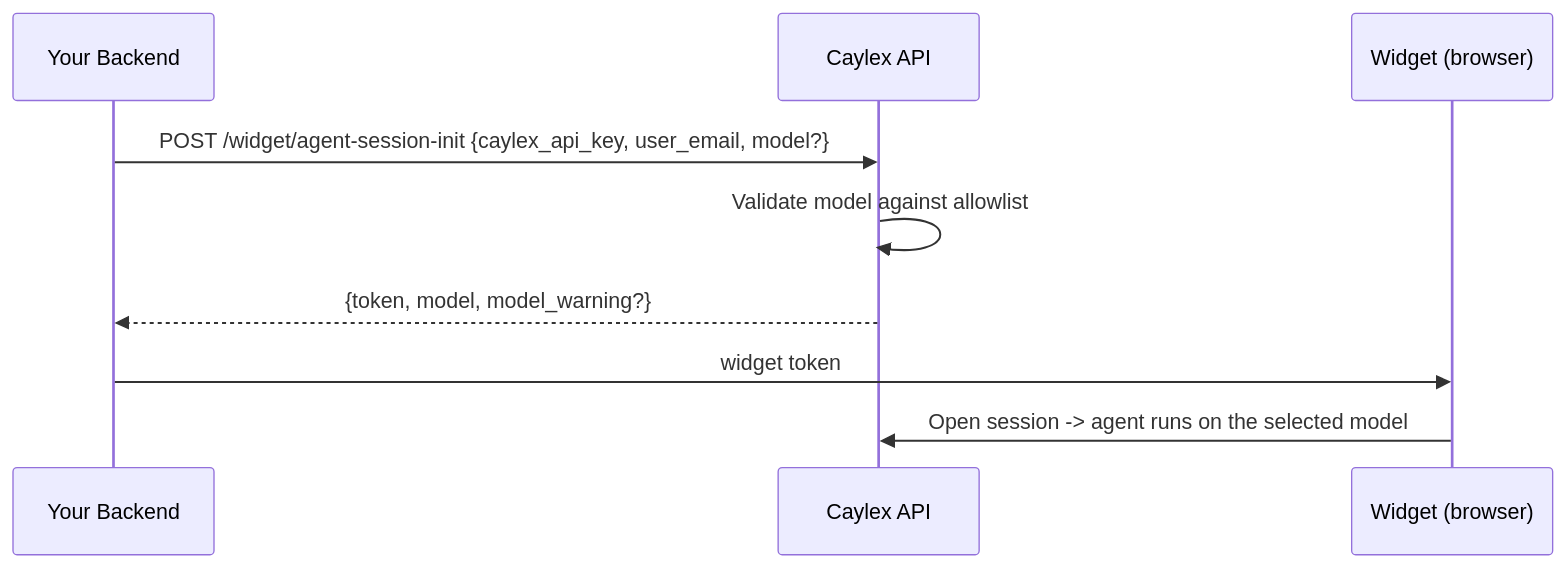
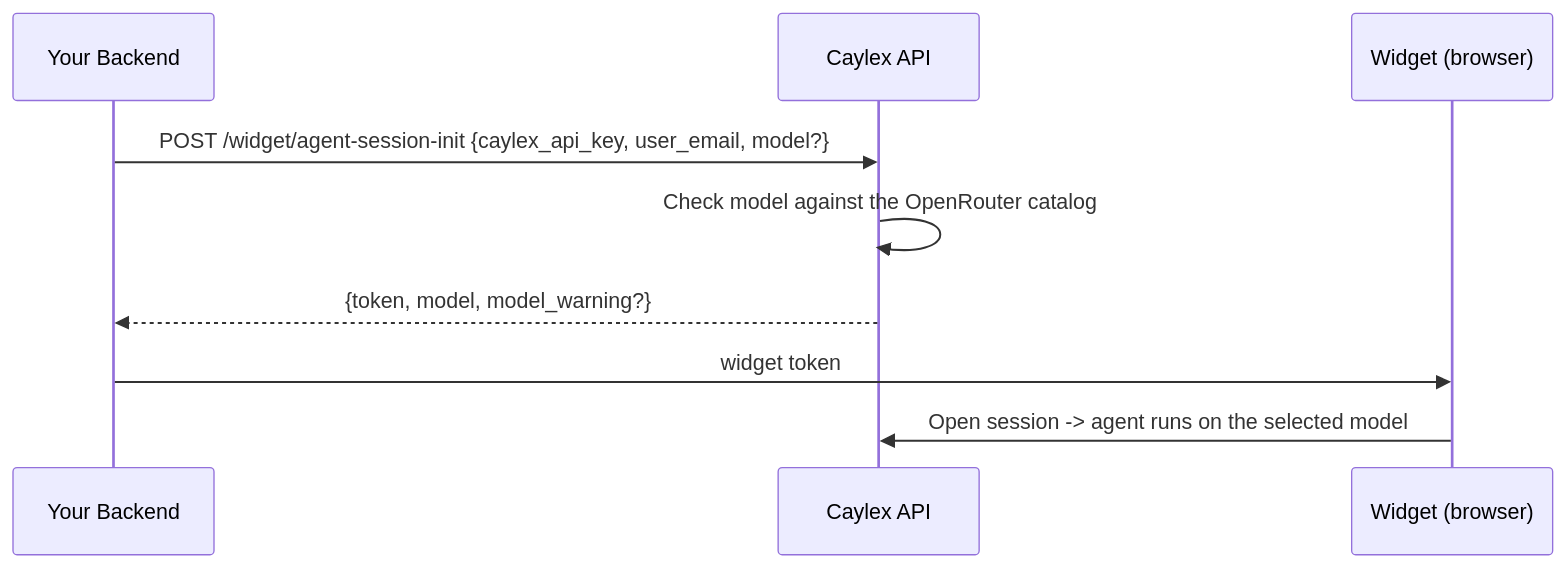
One commit to caylex-ai/caylex-developer-docs changed the diagram in widget/agent/model-selection.mdx. Above: the diagram before and after it, drawn with Mermaid. The commit also changed other lines of this file and 2 other files, not shown here.

Commit message:
Document OpenRouter as the agent model list: selection rule, recommended models, billed pricing and outage behaviour

````diff
--- a/widget/agent/model-selection.mdx
+++ b/widget/agent/model-selection.mdx
@@ -21,12 +21,12 @@
 ```mermaid
 sequenceDiagram
     participant Backend as Your Backend
     participant Caylex as Caylex API
     participant Widget as Widget (browser)
 
     Backend->>Caylex: POST /widget/agent-session-init {caylex_api_key, user_email, model?}
-    Caylex->>Caylex: Validate model against allowlist
+    Caylex->>Caylex: Check model against the OpenRouter catalog
     Caylex-->>Backend: {token, model, model_warning?}
     Backend->>Widget: widget token
     Widget->>Caylex: Open session -> agent runs on the selected model
 ```
````
